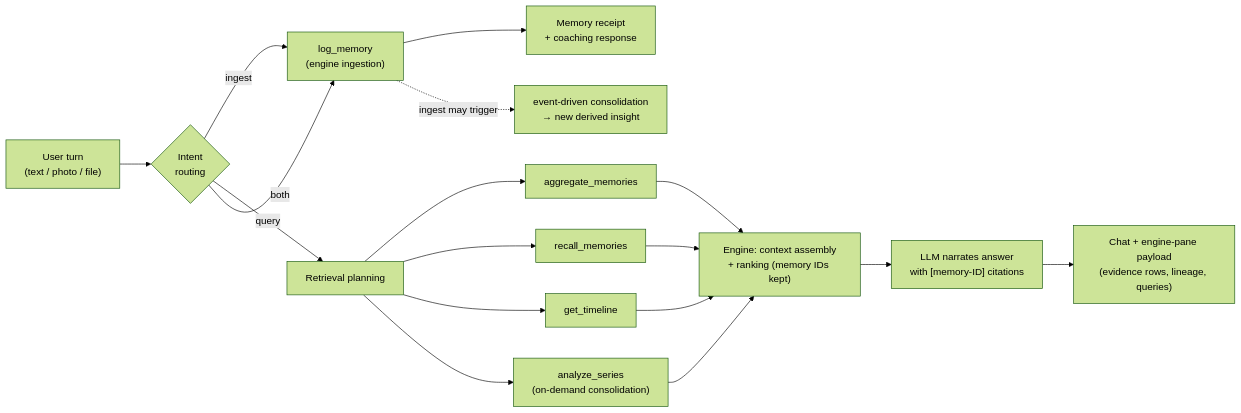
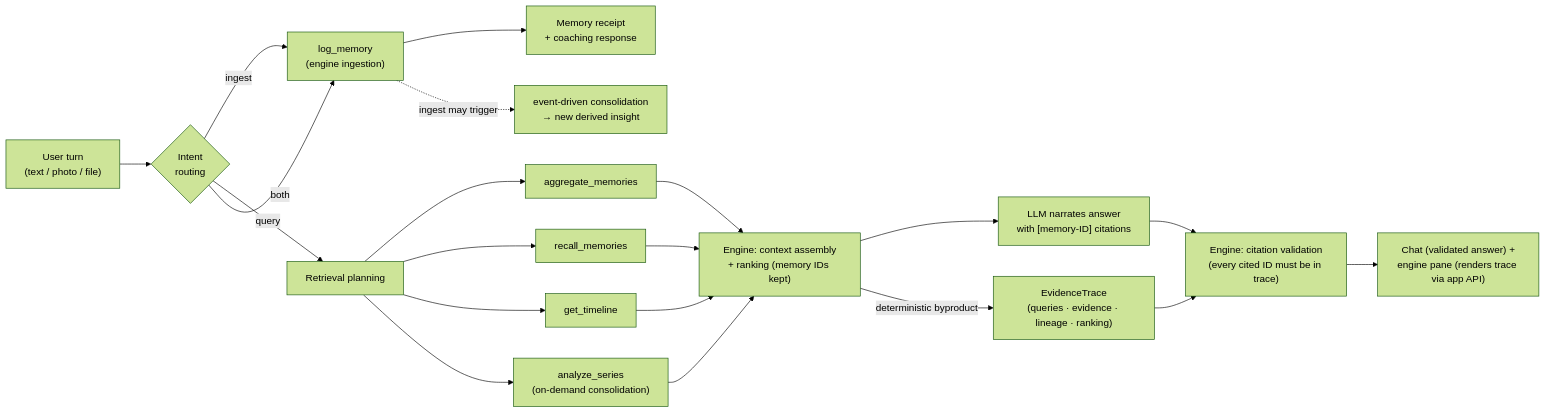
Before and after one commit to adityajamge/ai-fitness-memory-agent: the diagram in docs/office-hours/05-agent-architecture.md, drawn with Mermaid (forest theme). The commit also changed other lines of this file and 15 other files, not shown here.

````diff
--- a/docs/office-hours/05-agent-architecture.md
+++ b/docs/office-hours/05-agent-architecture.md
@@ -17,16 +17,19 @@
 ```mermaid
 flowchart LR
     IN["User turn<br/>(text / photo / file)"] --> ROUTE{"Intent<br/>routing"}
     ROUTE -->|ingest| LOG["log_memory<br/>(engine ingestion)"]
     LOG --> RECEIPT["Memory receipt<br/>+ coaching response"]
     ROUTE -->|query| PLAN["Retrieval planning"]
     PLAN --> AGG["aggregate_memories"]
     PLAN --> REC["recall_memories"]
     PLAN --> TL["get_timeline"]
     PLAN --> AN["analyze_series<br/>(on-demand consolidation)"]
     AGG & REC & TL & AN --> CTX["Engine: context assembly<br/>+ ranking (memory IDs kept)"]
     CTX --> NARRATE["LLM narrates answer<br/>with [memory-ID] citations"]
-    NARRATE --> OUT["Chat + engine-pane payload<br/>(evidence rows, lineage, queries)"]
+    CTX -->|"deterministic byproduct"| TRACE["EvidenceTrace<br/>(queries · evidence · lineage · ranking)"]
+    NARRATE --> VALIDATE["Engine: citation validation<br/>(every cited ID must be in trace)"]
+    TRACE --> VALIDATE
+    VALIDATE --> OUT["Chat (validated answer) +<br/>engine pane (renders trace via app API)"]
     ROUTE -->|both| LOG
     LOG -.->|"ingest may trigger"| INSIGHT["event-driven consolidation<br/>→ new derived insight"]
 ```
````
